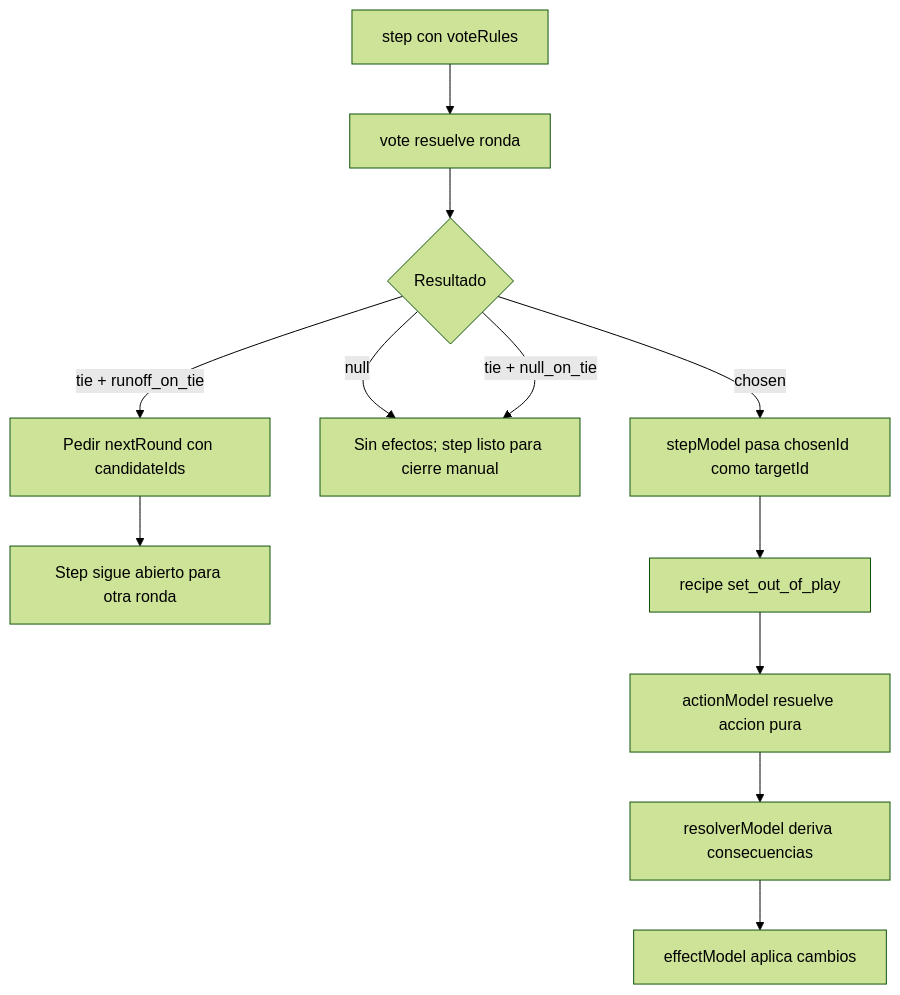
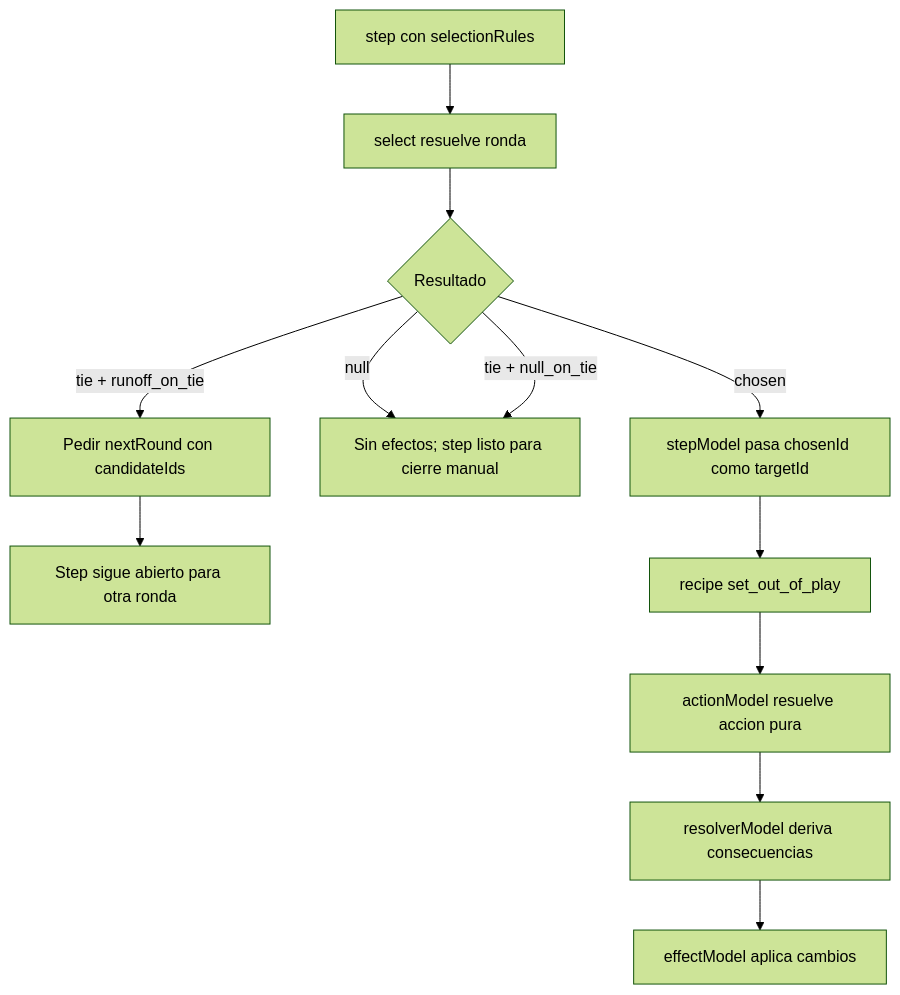
Before and after one commit to juanramonmorandeira/castronegro-director: diagram 14 of 14 in docs/engine_flow_map.md, drawn with Mermaid (forest theme). The commit also changed other lines of this file and 37 other files, not shown here.

````diff
--- a/docs/engine_flow_map.md
+++ b/docs/engine_flow_map.md
@@ -704,14 +703,14 @@
 ```mermaid
 flowchart TD
-  A[step con voteRules] --> B[vote resuelve ronda]
+  A[step con selectionRules] --> B[select resuelve ronda]
   B --> C{Resultado}
   C -->|chosen| E[stepModel pasa chosenId como targetId]
   C -->|null| D[Sin efectos; step listo para cierre manual]
   C -->|tie + null_on_tie| D
   C -->|tie + runoff_on_tie| R[Pedir nextRound con candidateIds]
   R --> S[Step sigue abierto para otra ronda]
   E --> F[recipe set_out_of_play]
   F --> G[actionModel resuelve accion pura]
   G --> H[resolverModel deriva consecuencias]
   H --> I[effectModel aplica cambios]
 ```
````
